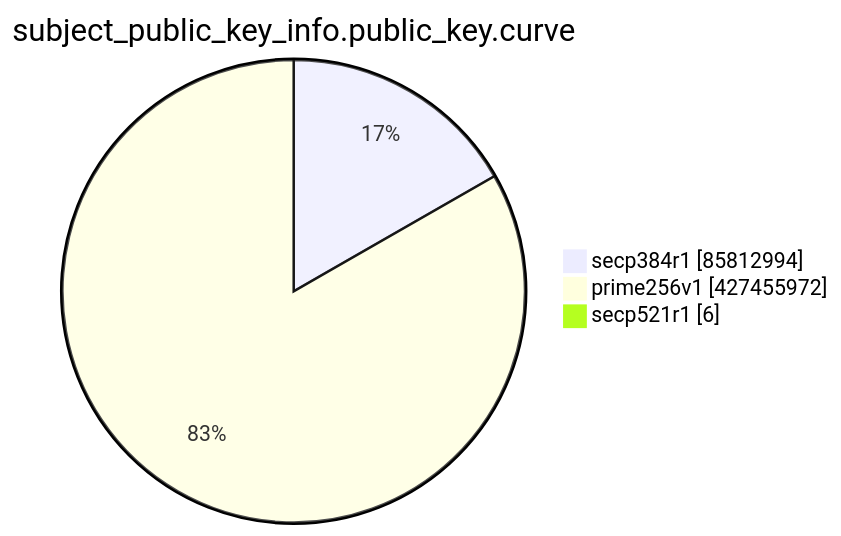
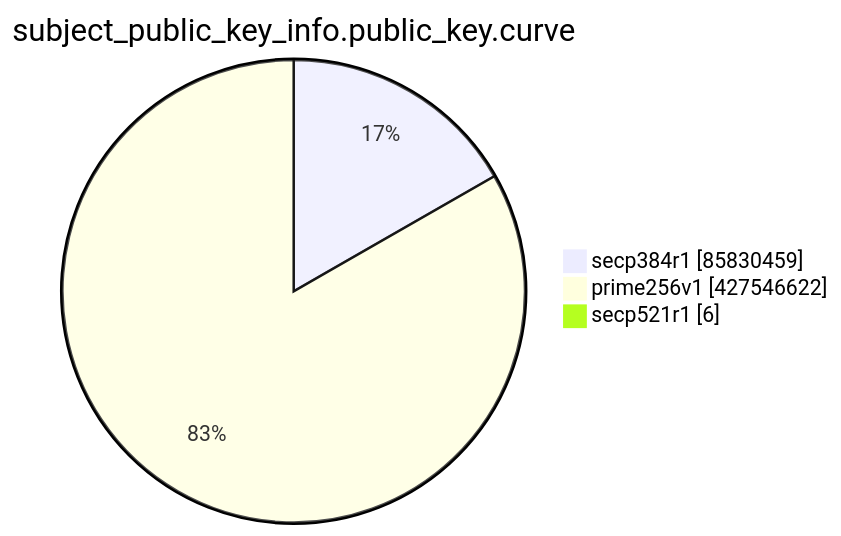
The eighth of 15 diagrams in TOTAL/README.md (christiankrug/ctmonitor_visualization), drawn with Mermaid before and after one commit. The commit also changed other lines of this file, not shown here.

````diff
--- a/TOTAL/README.md
+++ b/TOTAL/README.md
@@ -3100,7 +3100,7 @@
 ```mermaid
 pie showData
 title subject_public_key_info.public_key.curve
-"secp384r1" :85812994
-"prime256v1" :427455972
+"secp384r1" :85830459
+"prime256v1" :427546622
 "secp521r1" :6
 ```
````
